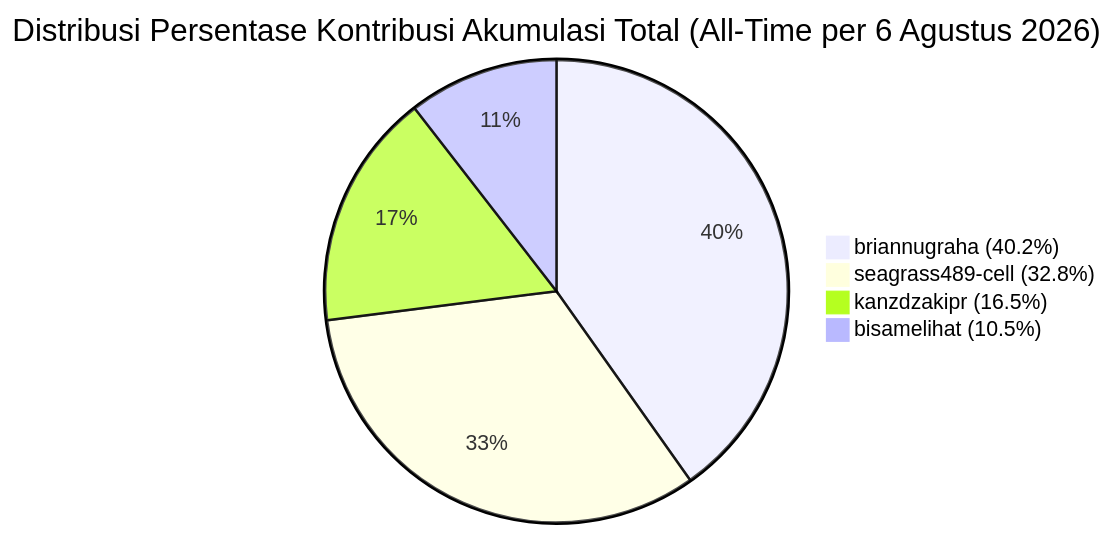
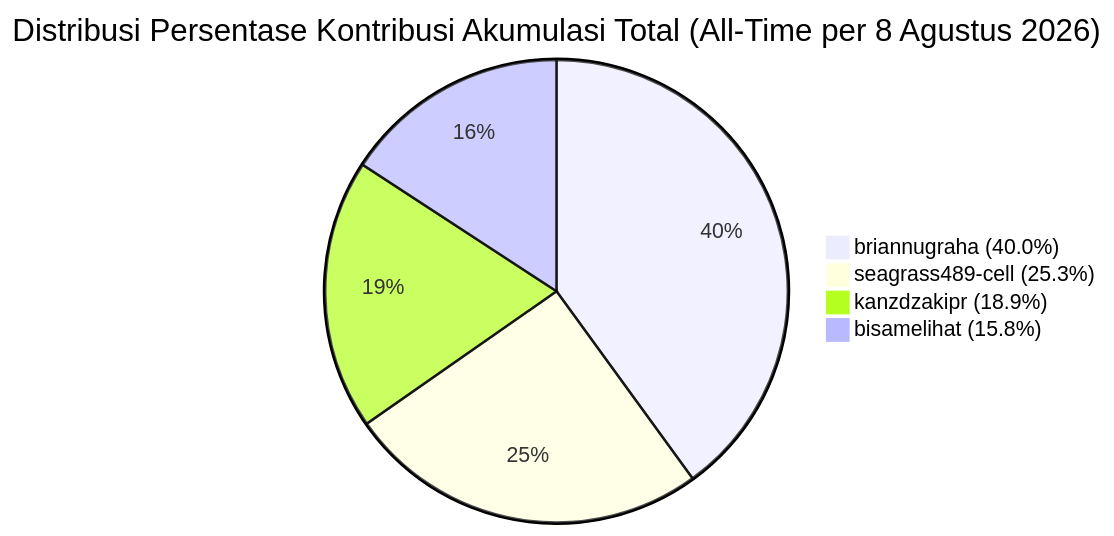
One commit to kanzdzakipr/ServicePlan-BRA changed the first of 3 diagrams in KONTRIBUSI_TIM.md. Above: the diagram before and after it, drawn with Mermaid. The commit also changed other lines of this file, not shown here.

Commit message:
update kontribusi tim per 8 agustus 18.47

````diff
--- a/KONTRIBUSI_TIM.md
+++ b/KONTRIBUSI_TIM.md
@@ -58,7 +58,7 @@
 ```mermaid
-pie title Distribusi Persentase Kontribusi Akumulasi Total (All-Time per 6 Agustus 2026)
-    "briannugraha (40.2%)" : 40.2
-    "seagrass489-cell (32.8%)" : 32.8
-    "kanzdzakipr (16.5%)" : 16.5
-    "bisamelihat (10.5%)" : 10.5
+pie title Distribusi Persentase Kontribusi Akumulasi Total (All-Time per 8 Agustus 2026)
+    "briannugraha (40.0%)" : 40.0
+    "seagrass489-cell (25.3%)" : 25.3
+    "kanzdzakipr (18.9%)" : 18.9
+    "bisamelihat (15.8%)" : 15.8
 ```
````
